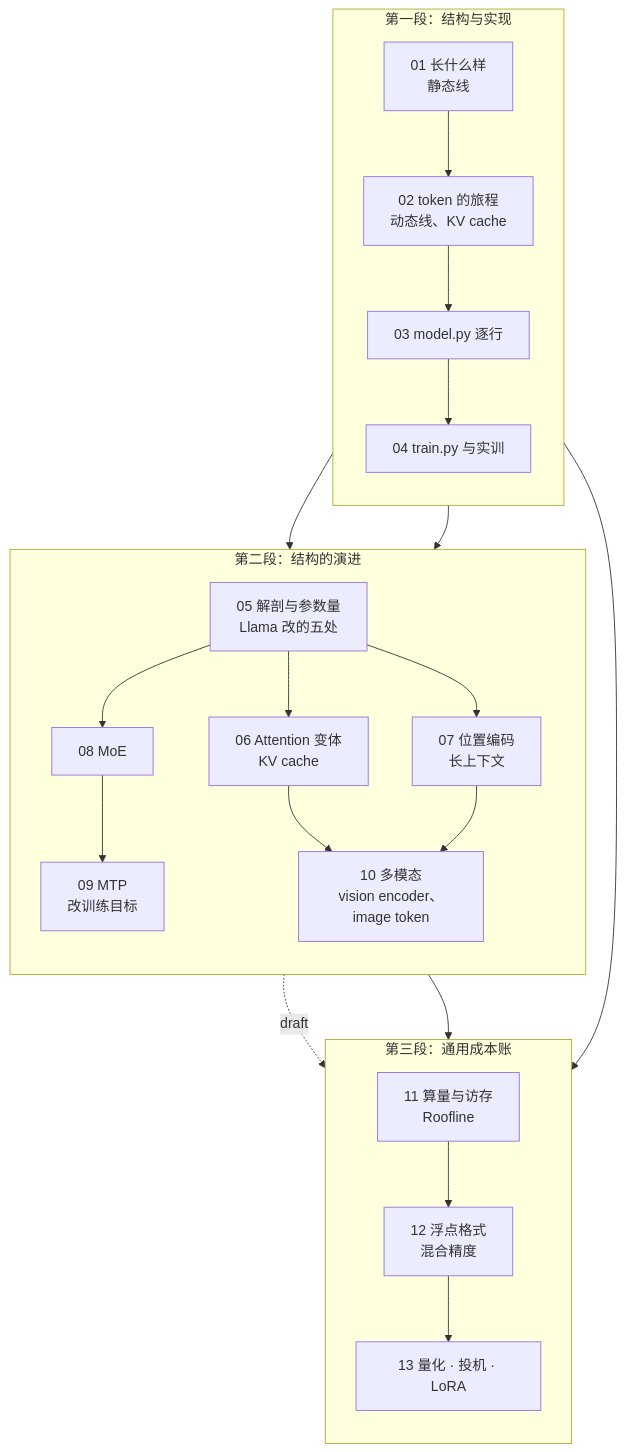
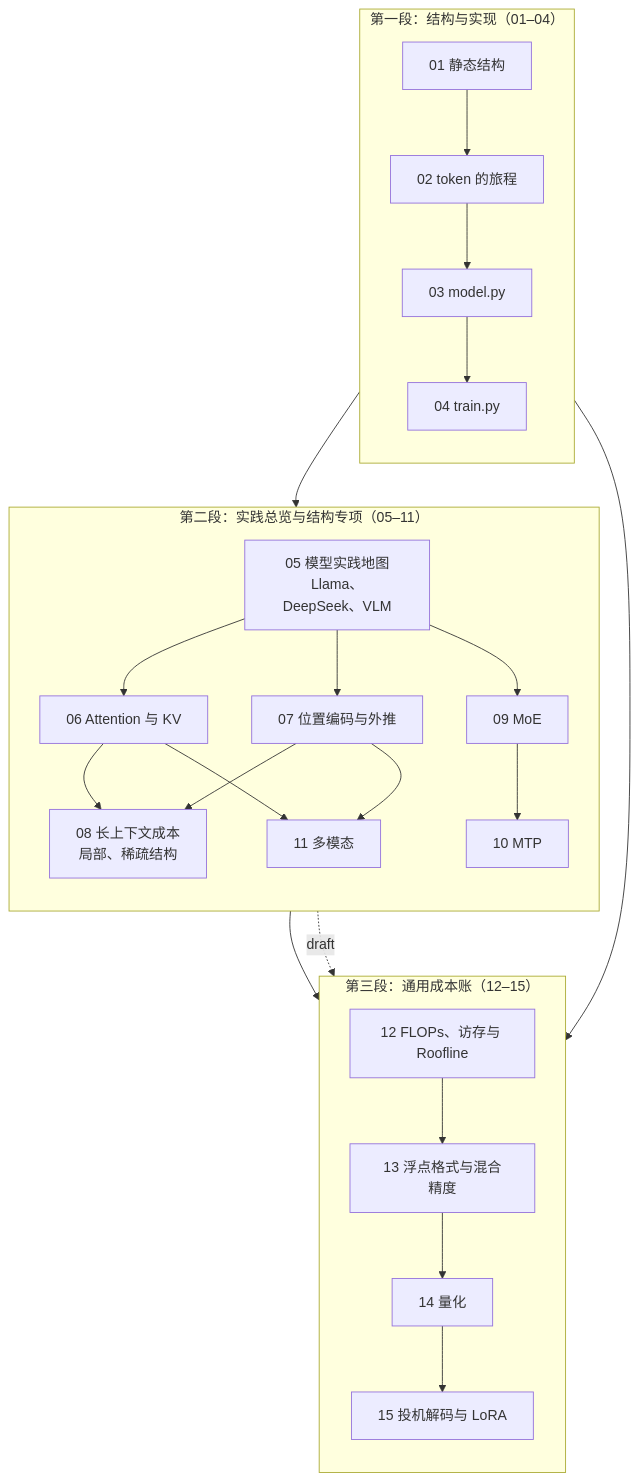
One commit to arganzheng/arganzheng.github.com changed the first of 2 diagrams in _posts/2026-03-30-transformer-and-llm-for-infra-engineers.md. Above: the diagram before and after it, drawn with Mermaid. The commit also changed other lines of this file and 19 other files, not shown here.

````diff
--- a/_posts/2026-03-30-transformer-and-llm-for-infra-engineers.md
+++ b/_posts/2026-03-30-transformer-and-llm-for-infra-engineers.md
@@ -26,26 +26,27 @@
 ```mermaid
 %%{init: {"flowchart": {"wrappingWidth": 150}}}%%
-%% 图：系列的三段十三篇与依赖：第一段 01 → 02 → 03 → 04 顺序读（结构 → 动态 → 代码 → 训练）；第二段 05 承接 03 末尾的五处改动，06 / 07 / 08 各接 05，09 接 08（DeepSeek-V3 的三处改动：MLA、MoE、MTP），10 多模态接 06 与 07（image token 的 KV、M-RoPE）；第三段 11 承接 05（形状 → GEMM）与 02（prefill / decode），12 接 04 的混合精度，13 接 09（MTP 与投机解码）与 11
+%% 图：十五篇的依赖地图：先 GPT-2 实现，再模型实践总览与结构专项，最后通用成本账
 flowchart TB
-    subgraph S1["第一段：结构与实现"]
+    subgraph S1["第一段：结构与实现（01–04）"]
         direction TB
-        P1["01 长什么样<br/>静态线"] --> P2["02 token 的旅程<br/>动态线、KV cache"] --> P3["03 model.py 逐行"] --> P4["04 train.py 与实训"]
+        P1["01 静态结构"] --> P2["02 token 的旅程"] --> P3["03 model.py"] --> P4["04 train.py"]
     end
-    subgraph S2["第二段：结构的演进"]
+    subgraph S2["第二段：实践总览与结构专项（05–11）"]
         direction TB
-        P5["05 解剖与参数量<br/>Llama 改的五处"]
-        P5 --> P6["06 Attention 变体<br/>KV cache"]
-        P5 --> P7["07 位置编码<br/>长上下文"]
-        P5 --> P8["08 MoE"] --> P9["09 MTP<br/>改训练目标"]
-        P6 --> P10["10 多模态<br/>vision encoder、image token"]
-        P7 --> P10
+        P5["05 模型实践地图<br/>Llama、DeepSeek、VLM"] --> P6["06 Attention 与 KV"]
+        P5 --> P7["07 位置编码与外推"] --> P8["08 长上下文成本<br/>局部、稀疏结构"]
+        P6 --> P8
+        P5 --> P9["09 MoE"] --> P10["10 MTP"]
+        P6 --> P11["11 多模态"]
+        P7 --> P11
     end
-    subgraph S3["第三段：通用成本账"]
+    subgraph S3["第三段：通用成本账（12–15）"]
         direction TB
-        P11["11 算量与访存<br/>Roofline"] --> P12["12 浮点格式<br/>混合精度"] --> P13["13 量化 · 投机 · LoRA"]
+        P12["12 FLOPs、访存与 Roofline"] --> P13["13 浮点格式与混合精度"] --> P14["14 量化"] --> P15["15 投机解码与 LoRA"]
     end
     P3 --> P5
-    P4 --> P11
-    P9 -. "draft" .-> P13
-    S1 --> S2 --> S3
+    P5 --> P12
+    P2 --> P12
+    P10 -. "draft" .-> P15
+    S1 ~~~ S2 ~~~ S3
 ```
````
